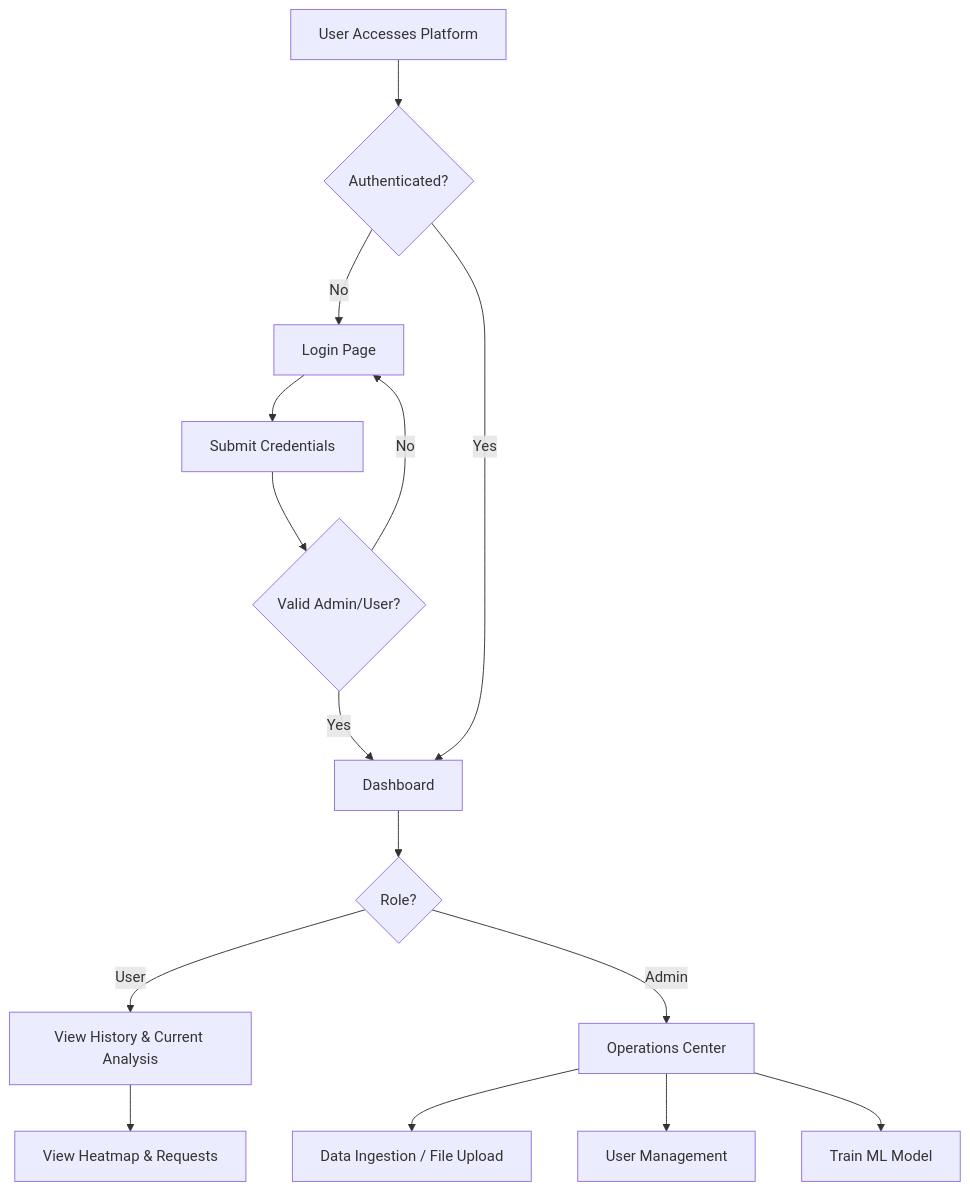
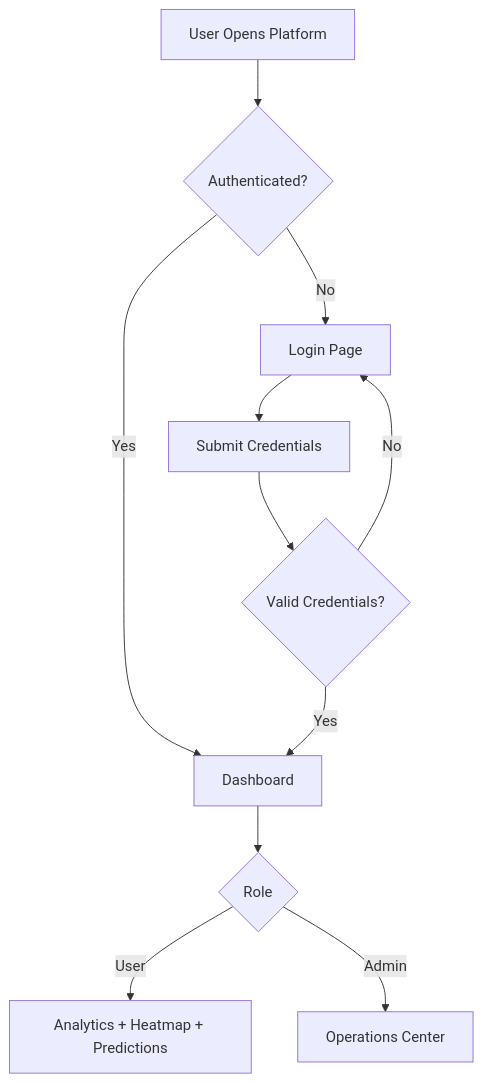
One commit to SHATHISH-07/port-system changed the third of 8 diagrams in README.md. Above: the diagram before and after it, drawn with Mermaid. The commit also changed other lines of this file and 4 other files, not shown here.

````diff
--- a/README.md
+++ b/README.md
@@ -60,17 +183,19 @@
 ```mermaid
 graph TD
-    A[User Accesses Platform] --> B{Authenticated?}
+
+    A[User Opens Platform] --> B{Authenticated?}
+
     B -- No --> C[Login Page]
-    C --> D[Submit Credentials]
-    D --> E{Valid Admin/User?}
-    E -- No --> C
-    E -- Yes --> F[Dashboard]
-    B -- Yes --> F
-    F --> G{Role?}
-    G -- User --> H[View History & Current Analysis]
-    H --> I[View Heatmap & Requests]
-    G -- Admin --> J[Operations Center]
-    J --> K[Data Ingestion / File Upload]
-    J --> L[User Management]
-    J --> M[Train ML Model]
+    B -- Yes --> D[Dashboard]
+
+    C --> E[Submit Credentials]
+    E --> F{Valid Credentials?}
+
+    F -- No --> C
+    F -- Yes --> D
+
+    D --> G{Role}
+
+    G -- User --> H[Analytics + Heatmap + Predictions]
+    G -- Admin --> I[Operations Center]
 ```
````
